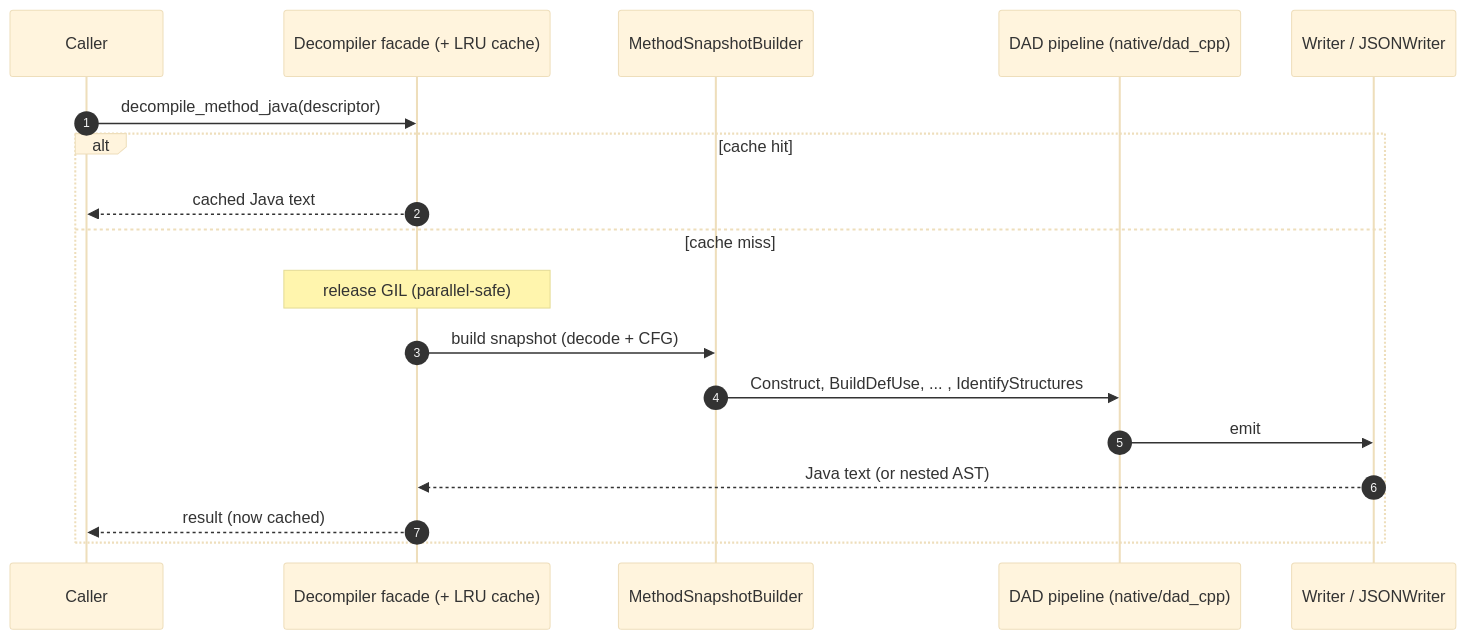
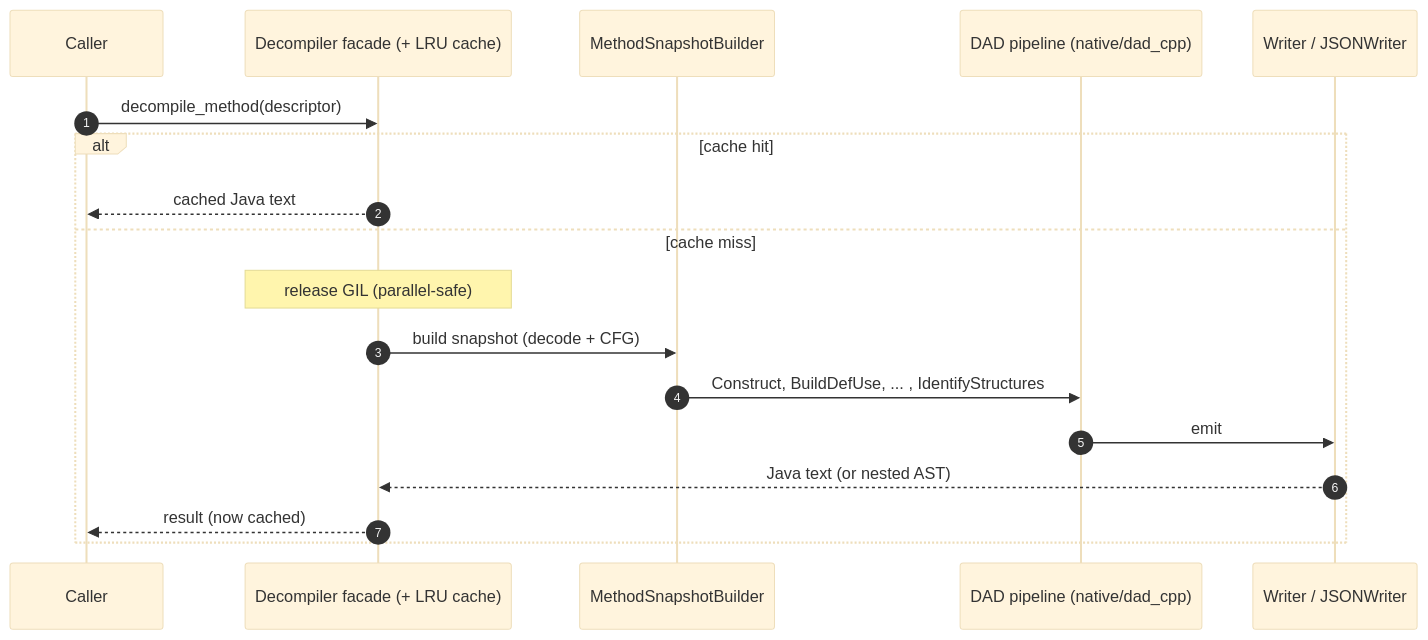
Before and after one commit to mobile-threat-hunter/dex-analyzer-for-llm: the fourth of 6 diagrams in docs/workflow.md, drawn with Mermaid (base theme). The commit also changed other lines of this file and 37 other files, not shown here.

````diff
--- a/docs/workflow.md
+++ b/docs/workflow.md
@@ -118,22 +118,22 @@
 ```mermaid
 sequenceDiagram
     accTitle: Method Decompile Sequence
     accDescr: A decompile request hits the facade's LRU cache; on a miss it releases the GIL, builds a method snapshot, runs the DAD pipeline, emits Java text or AST through the writer, caches the result, and returns it.
     autonumber
     participant caller as Caller
     participant facade as Decompiler facade (+ LRU cache)
     participant builder as MethodSnapshotBuilder
     participant pipeline as DAD pipeline (native/dad_cpp)
     participant writer as Writer / JSONWriter
-    caller->>facade: decompile_method_java(descriptor)
+    caller->>facade: decompile_method(descriptor)
     alt cache hit
         facade-->>caller: cached Java text
     else cache miss
         Note over facade: release GIL (parallel-safe)
         facade->>builder: build snapshot (decode + CFG)
         builder->>pipeline: Construct, BuildDefUse, ... , IdentifyStructures
         pipeline->>writer: emit
         writer-->>facade: Java text (or nested AST)
         facade-->>caller: result (now cached)
     end
 ```
````
